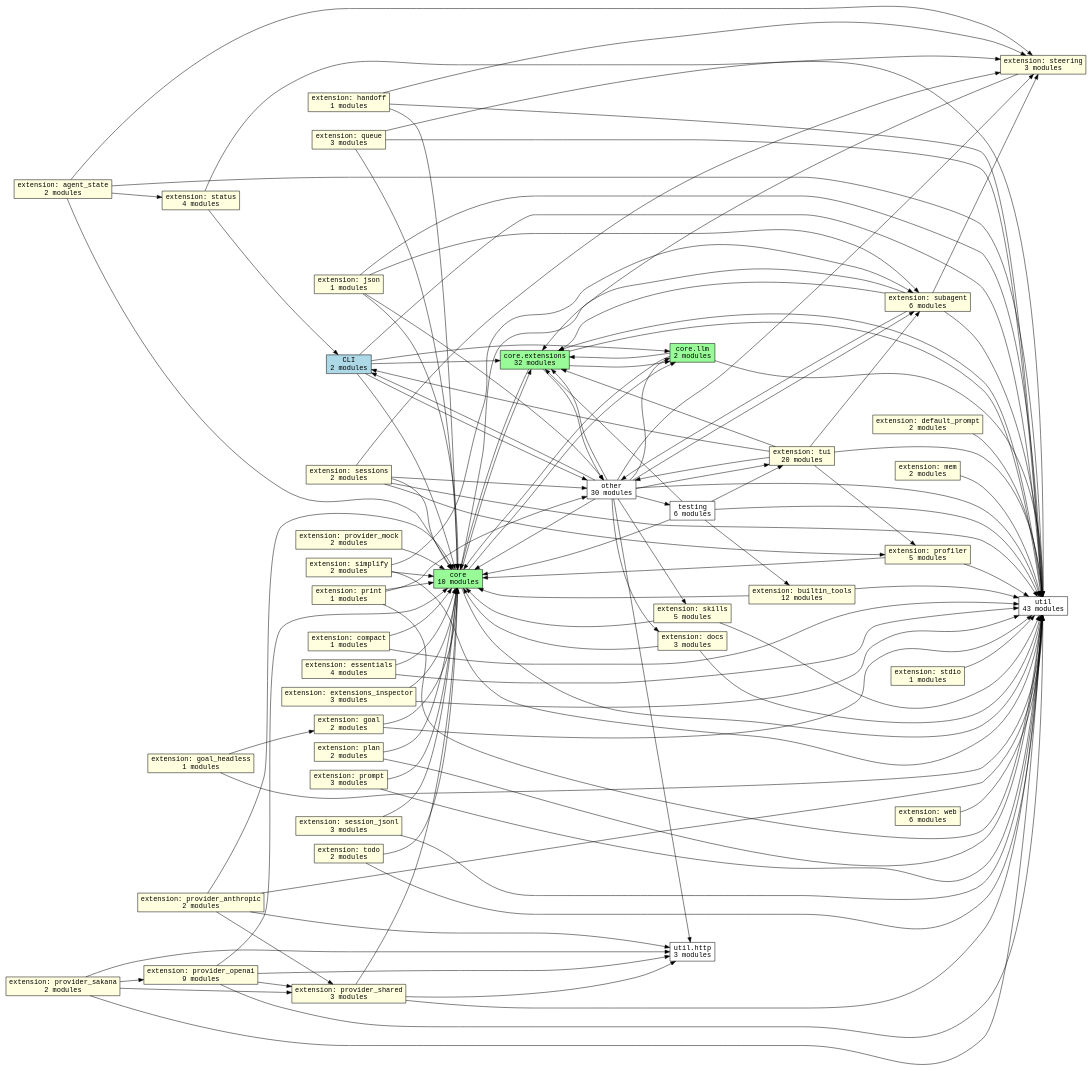
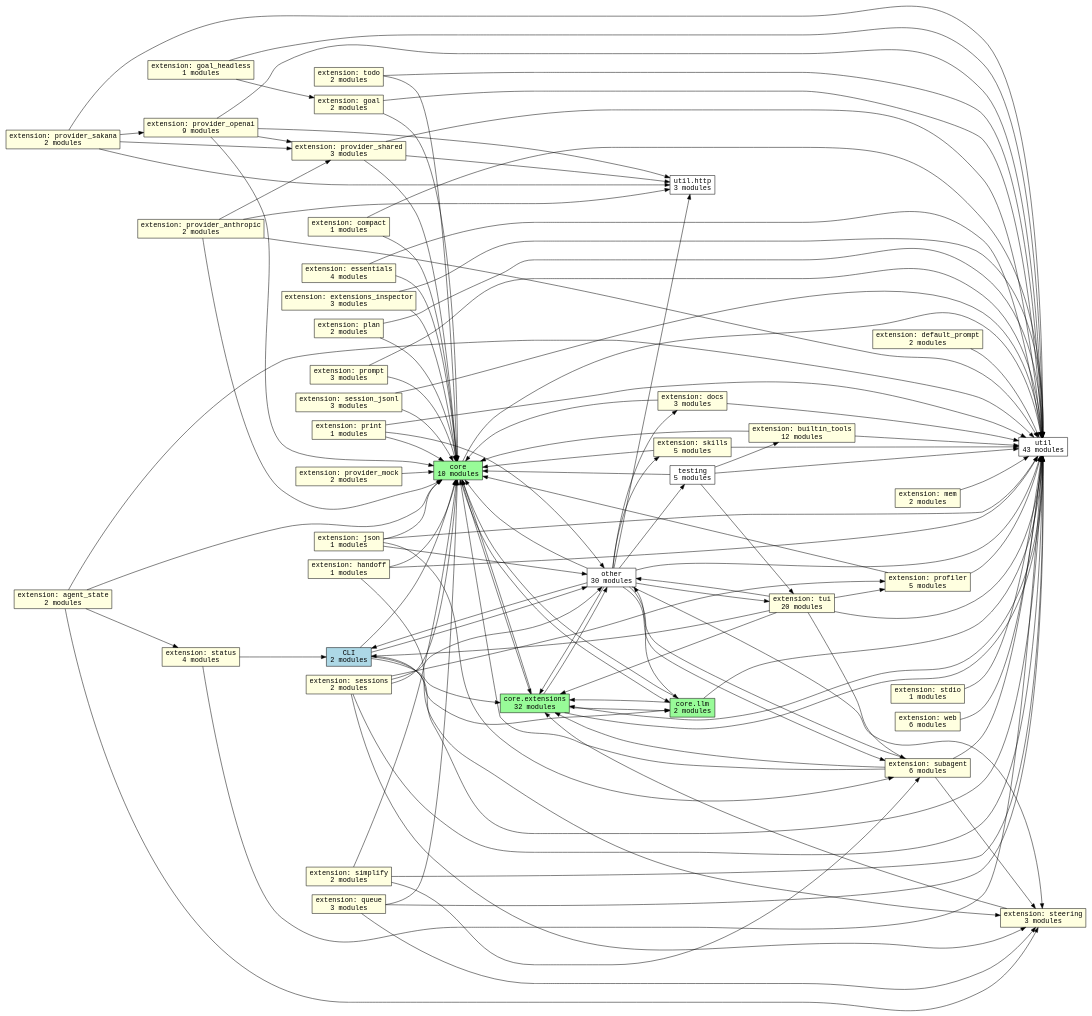
The diagram in docs/graphs/subsystems.dot (acmiyaguchi/fen), drawn with Graphviz before and after one commit. The commit also changed 27 other files, not shown here.

First line of the commit message:
test: remove legacy fen.testing.extensions facade (#509)

```diff
--- a/docs/graphs/subsystems.dot
+++ b/docs/graphs/subsystems.dot
@@ -1,164 +1,163 @@
 digraph fen_subsystems {
   graph [rankdir=LR];
   node [shape=box, fontname="monospace"];
   edge [fontname="monospace"];
   "cli" [fillcolor="lightblue", label="CLI\n2 modules", style="filled"];
   "core" [fillcolor="palegreen", label="core\n10 modules", style="filled"];
   "core.extensions" [fillcolor="palegreen", label="core.extensions\n32 modules", style="filled"];
   "core.llm" [fillcolor="palegreen", label="core.llm\n2 modules", style="filled"];
   "extension.agent_state" [fillcolor="lightyellow", label="extension: agent_state\n2 modules", style="filled"];
   "extension.builtin_tools" [fillcolor="lightyellow", label="extension: builtin_tools\n12 modules", style="filled"];
   "extension.compact" [fillcolor="lightyellow", label="extension: compact\n1 modules", style="filled"];
   "extension.default_prompt" [fillcolor="lightyellow", label="extension: default_prompt\n2 modules", style="filled"];
   "extension.docs" [fillcolor="lightyellow", label="extension: docs\n3 modules", style="filled"];
   "extension.essentials" [fillcolor="lightyellow", label="extension: essentials\n4 modules", style="filled"];
   "extension.extensions_inspector" [fillcolor="lightyellow", label="extension: extensions_inspector\n3 modules", style="filled"];
   "extension.goal" [fillcolor="lightyellow", label="extension: goal\n2 modules", style="filled"];
   "extension.goal_headless" [fillcolor="lightyellow", label="extension: goal_headless\n1 modules", style="filled"];
   "extension.handoff" [fillcolor="lightyellow", label="extension: handoff\n1 modules", style="filled"];
   "extension.json" [fillcolor="lightyellow", label="extension: json\n1 modules", style="filled"];
   "extension.mem" [fillcolor="lightyellow", label="extension: mem\n2 modules", style="filled"];
   "extension.plan" [fillcolor="lightyellow", label="extension: plan\n2 modules", style="filled"];
   "extension.print" [fillcolor="lightyellow", label="extension: print\n1 modules", style="filled"];
   "extension.profiler" [fillcolor="lightyellow", label="extension: profiler\n5 modules", style="filled"];
   "extension.prompt" [fillcolor="lightyellow", label="extension: prompt\n3 modules", style="filled"];
   "extension.provider_anthropic" [fillcolor="lightyellow", label="extension: provider_anthropic\n2 modules", style="filled"];
   "extension.provider_mock" [fillcolor="lightyellow", label="extension: provider_mock\n2 modules", style="filled"];
   "extension.provider_openai" [fillcolor="lightyellow", label="extension: provider_openai\n9 modules", style="filled"];
   "extension.provider_sakana" [fillcolor="lightyellow", label="extension: provider_sakana\n2 modules", style="filled"];
   "extension.provider_shared" [fillcolor="lightyellow", label="extension: provider_shared\n3 modules", style="filled"];
   "extension.queue" [fillcolor="lightyellow", label="extension: queue\n3 modules", style="filled"];
   "extension.session_jsonl" [fillcolor="lightyellow", label="extension: session_jsonl\n3 modules", style="filled"];
   "extension.sessions" [fillcolor="lightyellow", label="extension: sessions\n2 modules", style="filled"];
   "extension.simplify" [fillcolor="lightyellow", label="extension: simplify\n2 modules", style="filled"];
   "extension.skills" [fillcolor="lightyellow", label="extension: skills\n5 modules", style="filled"];
   "extension.status" [fillcolor="lightyellow", label="extension: status\n4 modules", style="filled"];
   "extension.stdio" [fillcolor="lightyellow", label="extension: stdio\n1 modules", style="filled"];
   "extension.steering" [fillcolor="lightyellow", label="extension: steering\n3 modules", style="filled"];
   "extension.subagent" [fillcolor="lightyellow", label="extension: subagent\n6 modules", style="filled"];
   "extension.todo" [fillcolor="lightyellow", label="extension: todo\n2 modules", style="filled"];
   "extension.tui" [fillcolor="lightyellow", label="extension: tui\n20 modules", style="filled"];
   "extension.web" [fillcolor="lightyellow", label="extension: web\n6 modules", style="filled"];
   "other" [fillcolor="white", label="other\n30 modules", style="filled"];
-  "testing" [fillcolor="white", label="testing\n6 modules", style="filled"];
+  "testing" [fillcolor="white", label="testing\n5 modules", style="filled"];
   "util" [fillcolor="white", label="util\n43 modules", style="filled"];
   "util.http" [fillcolor="white", label="util.http\n3 modules", style="filled"];
   "cli" -> "core";
   "cli" -> "core.extensions";
   "cli" -> "core.llm";
   "cli" -> "other";
   "cli" -> "util";
   "core" -> "core.extensions";
   "core" -> "core.llm";
   "core" -> "util";
   "core.extensions" -> "core";
   "core.extensions" -> "core.llm";
   "core.extensions" -> "other";
   "core.extensions" -> "util";
   "core.llm" -> "core";
   "core.llm" -> "core.extensions";
   "core.llm" -> "util";
   "extension.agent_state" -> "core";
   "extension.agent_state" -> "extension.status";
   "extension.agent_state" -> "extension.steering";
   "extension.agent_state" -> "util";
   "extension.builtin_tools" -> "core";
   "extension.builtin_tools" -> "util";
   "extension.compact" -> "core";
   "extension.compact" -> "util";
   "extension.default_prompt" -> "util";
   "extension.docs" -> "core";
   "extension.docs" -> "util";
   "extension.essentials" -> "core";
   "extension.essentials" -> "util";
   "extension.extensions_inspector" -> "core";
   "extension.extensions_inspector" -> "util";
   "extension.goal" -> "core";
   "extension.goal" -> "util";
   "extension.goal_headless" -> "extension.goal";
   "extension.goal_headless" -> "util";
   "extension.handoff" -> "core";
   "extension.handoff" -> "extension.steering";
   "extension.handoff" -> "util";
   "extension.json" -> "core";
   "extension.json" -> "extension.subagent";
   "extension.json" -> "other";
   "extension.json" -> "util";
   "extension.mem" -> "util";
   "extension.plan" -> "core";
   "extension.plan" -> "util";
   "extension.print" -> "core";
   "extension.print" -> "other";
   "extension.print" -> "util";
   "extension.profiler" -> "core";
   "extension.profiler" -> "util";
   "extension.prompt" -> "core";
   "extension.prompt" -> "util";
   "extension.provider_anthropic" -> "core";
   "extension.provider_anthropic" -> "extension.provider_shared";
   "extension.provider_anthropic" -> "util";
   "extension.provider_anthropic" -> "util.http";
   "extension.provider_mock" -> "core";
   "extension.provider_openai" -> "core";
   "extension.provider_openai" -> "extension.provider_shared";
   "extension.provider_openai" -> "util";
   "extension.provider_openai" -> "util.http";
   "extension.provider_sakana" -> "extension.provider_openai";
   "extension.provider_sakana" -> "extension.provider_shared";
   "extension.provider_sakana" -> "util";
   "extension.provider_sakana" -> "util.http";
   "extension.provider_shared" -> "core";
   "extension.provider_shared" -> "util";
   "extension.provider_shared" -> "util.http";
   "extension.queue" -> "core";
   "extension.queue" -> "extension.steering";
   "extension.queue" -> "util";
   "extension.session_jsonl" -> "core";
   "extension.session_jsonl" -> "util";
   "extension.sessions" -> "core";
   "extension.sessions" -> "extension.profiler";
   "extension.sessions" -> "extension.steering";
   "extension.sessions" -> "other";
   "extension.sessions" -> "util";
   "extension.simplify" -> "core";
   "extension.simplify" -> "extension.subagent";
   "extension.simplify" -> "util";
   "extension.skills" -> "core";
   "extension.skills" -> "util";
   "extension.status" -> "cli";
   "extension.status" -> "util";
   "extension.stdio" -> "util";
   "extension.steering" -> "core.extensions";
   "extension.subagent" -> "core";
   "extension.subagent" -> "core.extensions";
   "extension.subagent" -> "extension.steering";
   "extension.subagent" -> "other";
   "extension.subagent" -> "util";
   "extension.todo" -> "core";
   "extension.todo" -> "util";
   "extension.tui" -> "cli";
   "extension.tui" -> "core.extensions";
   "extension.tui" -> "extension.profiler";
   "extension.tui" -> "extension.subagent";
   "extension.tui" -> "other";
   "extension.tui" -> "util";
   "extension.web" -> "util";
   "other" -> "cli";
   "other" -> "core";
   "other" -> "core.extensions";
   "other" -> "core.llm";
   "other" -> "extension.docs";
   "other" -> "extension.skills";
   "other" -> "extension.steering";
   "other" -> "extension.subagent";
   "other" -> "extension.tui";
   "other" -> "testing";
   "other" -> "util";
   "other" -> "util.http";
   "testing" -> "core";
-  "testing" -> "core.extensions";
   "testing" -> "extension.builtin_tools";
   "testing" -> "extension.tui";
   "testing" -> "util";
   "util" -> "core.extensions";
 }
```
